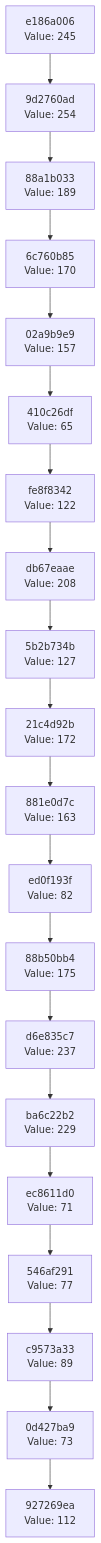
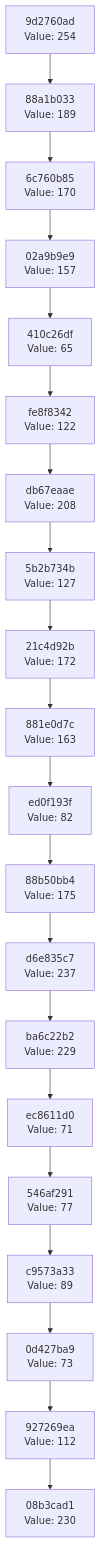
Before and after one commit to Abhisheksinha1506/hash-chain-evolver: the diagram in docs/CHAIN_VISUALIZATION.md, drawn with Mermaid. The commit also changed 2 other files, not shown here.

Commit message:
Evolution Step

````diff
--- a/docs/CHAIN_VISUALIZATION.md
+++ b/docs/CHAIN_VISUALIZATION.md
@@ -3,42 +3,42 @@
 ```mermaid
 graph TD
-    C0["927269ea<br/>Value: 112"]
-    C1["0d427ba9<br/>Value: 73"]
+    C0["08b3cad1<br/>Value: 230"]
+    C1["927269ea<br/>Value: 112"]
     C1 --> C0
-    C2["c9573a33<br/>Value: 89"]
+    C2["0d427ba9<br/>Value: 73"]
     C2 --> C1
-    C3["546af291<br/>Value: 77"]
+    C3["c9573a33<br/>Value: 89"]
     C3 --> C2
-    C4["ec8611d0<br/>Value: 71"]
+    C4["546af291<br/>Value: 77"]
     C4 --> C3
-    C5["ba6c22b2<br/>Value: 229"]
+    C5["ec8611d0<br/>Value: 71"]
     C5 --> C4
-    C6["d6e835c7<br/>Value: 237"]
+    C6["ba6c22b2<br/>Value: 229"]
     C6 --> C5
-    C7["88b50bb4<br/>Value: 175"]
+    C7["d6e835c7<br/>Value: 237"]
     C7 --> C6
-    C8["ed0f193f<br/>Value: 82"]
+    C8["88b50bb4<br/>Value: 175"]
     C8 --> C7
-    C9["881e0d7c<br/>Value: 163"]
+    C9["ed0f193f<br/>Value: 82"]
     C9 --> C8
-    C10["21c4d92b<br/>Value: 172"]
+    C10["881e0d7c<br/>Value: 163"]
     C10 --> C9
-    C11["5b2b734b<br/>Value: 127"]
+    C11["21c4d92b<br/>Value: 172"]
     C11 --> C10
-    C12["db67eaae<br/>Value: 208"]
+    C12["5b2b734b<br/>Value: 127"]
     C12 --> C11
-    C13["fe8f8342<br/>Value: 122"]
+    C13["db67eaae<br/>Value: 208"]
     C13 --> C12
-    C14["410c26df<br/>Value: 65"]
+    C14["fe8f8342<br/>Value: 122"]
     C14 --> C13
-    C15["02a9b9e9<br/>Value: 157"]
+    C15["410c26df<br/>Value: 65"]
     C15 --> C14
-    C16["6c760b85<br/>Value: 170"]
+    C16["02a9b9e9<br/>Value: 157"]
     C16 --> C15
-    C17["88a1b033<br/>Value: 189"]
+    C17["6c760b85<br/>Value: 170"]
     C17 --> C16
-    C18["9d2760ad<br/>Value: 254"]
+    C18["88a1b033<br/>Value: 189"]
     C18 --> C17
-    C19["e186a006<br/>Value: 245"]
+    C19["9d2760ad<br/>Value: 254"]
     C19 --> C18
 ```
````
